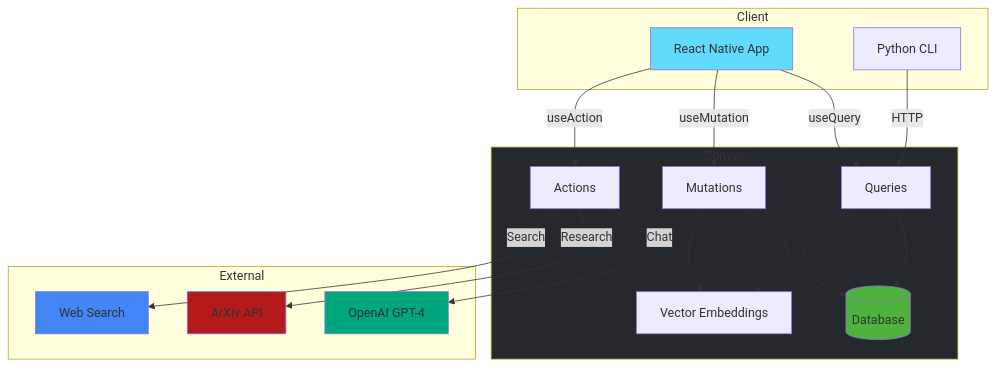
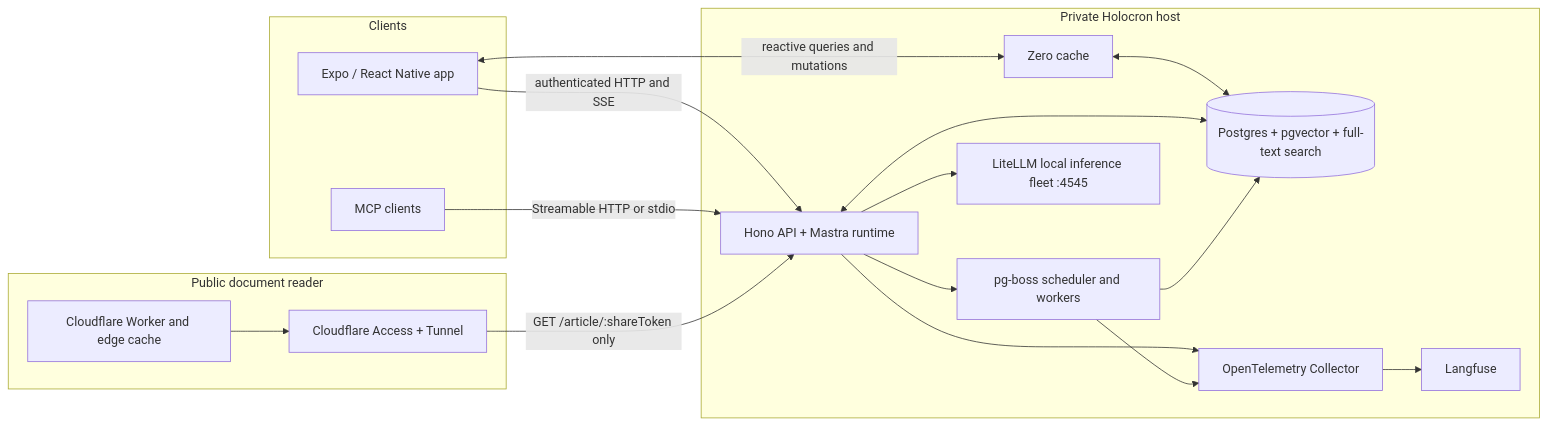
Before and after one commit to hackerpug-ai/holocron: the diagram in README.md, drawn with Mermaid. The commit also changed other lines of this file, not shown here.

````diff
--- a/README.md
+++ b/README.md
@@ -109,42 +54,36 @@
 ```mermaid
-graph TD
-    subgraph Client
-        RN[React Native App]
-        CLI[Python CLI]
-    end
+flowchart LR
+  subgraph Clients
+    App[Expo / React Native app]
+    MCP[MCP clients]
+  end
 
-    subgraph Convex
-        Queries[ Queries]
-        Mutations[ Mutations]
-        Actions[ Actions]
-        DB[(Database)]
-        Vectors[Vector Embeddings]
-    end
+  subgraph Tailnet[Private Holocron host]
+    Zero[Zero cache]
+    API[Hono API + Mastra runtime]
+    Queue[pg-boss scheduler and workers]
+    DB[(Postgres + pgvector + full-text search)]
+    Fleet[LiteLLM local inference fleet :4545]
+    OTel[OpenTelemetry Collector]
+    Langfuse[Langfuse]
+  end
 
-    subgraph External
-        OpenAI[OpenAI GPT-4]
-        ArXiv[ArXiv API]
-        Web[Web Search]
-    end
+  subgraph PublicReader[Public document reader]
+    Worker[Cloudflare Worker and edge cache]
+    Access[Cloudflare Access + Tunnel]
+  end
 
-    RN -->|useQuery| Queries
-    RN -->|useMutation| Mutations
-    RN -->|useAction| Actions
-    CLI -->|HTTP| Queries
-
-    Queries --> DB
-    Queries --> Vectors
-    Mutations --> DB
-    Mutations --> Vectors
-
-    Actions -->|Chat| OpenAI
-    Actions -->|Research| ArXiv
-    Actions -->|Search| Web
-
-    style RN fill:#61DAFB
-    style Convex fill:#24292E
-    style DB fill:#4DB33D
-    style OpenAI fill:#00A67E
-    style ArXiv fill:#B31B1B
-    style Web fill:#4285F4
+  App <-->|reactive queries and mutations| Zero
+  App -->|authenticated HTTP and SSE| API
+  MCP -->|Streamable HTTP or stdio| API
+  Zero <--> DB
+  API <--> DB
+  API --> Queue
+  Queue --> DB
+  API --> Fleet
+  API --> OTel
+  Queue --> OTel
+  OTel --> Langfuse
+  Worker --> Access
+  Access -->|GET /article/:shareToken only| API
 ```
````
